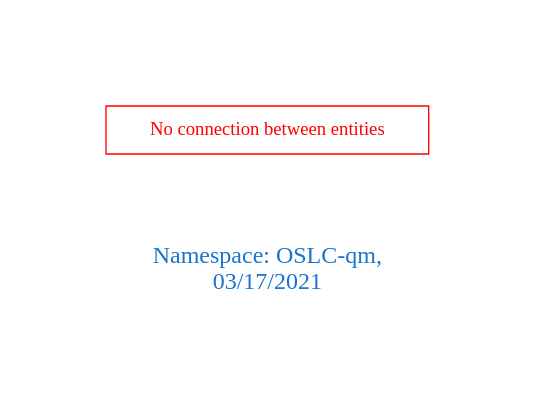
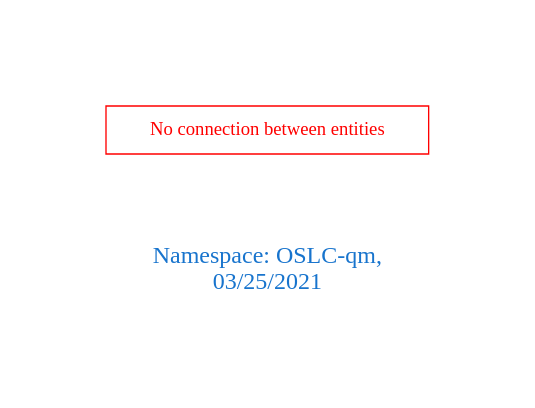
The diagram in downloads/OSLC-qm.dot (arago/OGIT), drawn with Graphviz before and after one commit. The commit also changed 1860 other files, not shown here.

```diff
--- a/downloads/OSLC-qm.dot
+++ b/downloads/OSLC-qm.dot
@@ -1,9 +1,9 @@
 digraph OGIT_ontology {
  graph [ rankdir= LR,pad=1 
 fontsize = 18,
-fontcolor= dodgerblue3,label = "\n\n\nNamespace: OSLC-qm, \n 03/17/2021"];
+fontcolor= dodgerblue3,label = "\n\n\nNamespace: OSLC-qm, \n 03/25/2021"];
 node[shape=polygon];
 edge [  color="gray81"];
 
 "No connection between entities" [fontcolor = "red",color="red", shape="polygon"]
 }
```
